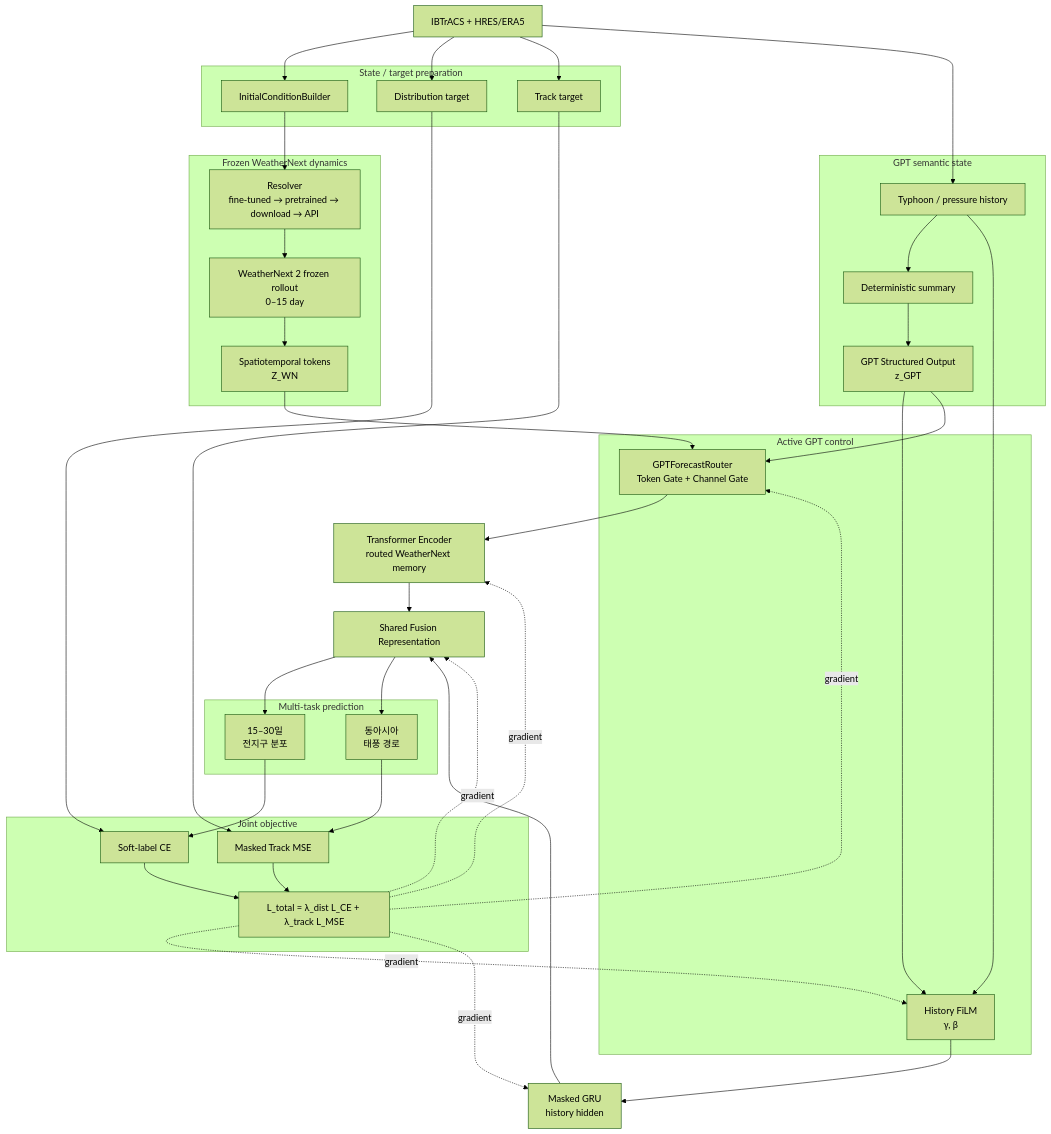
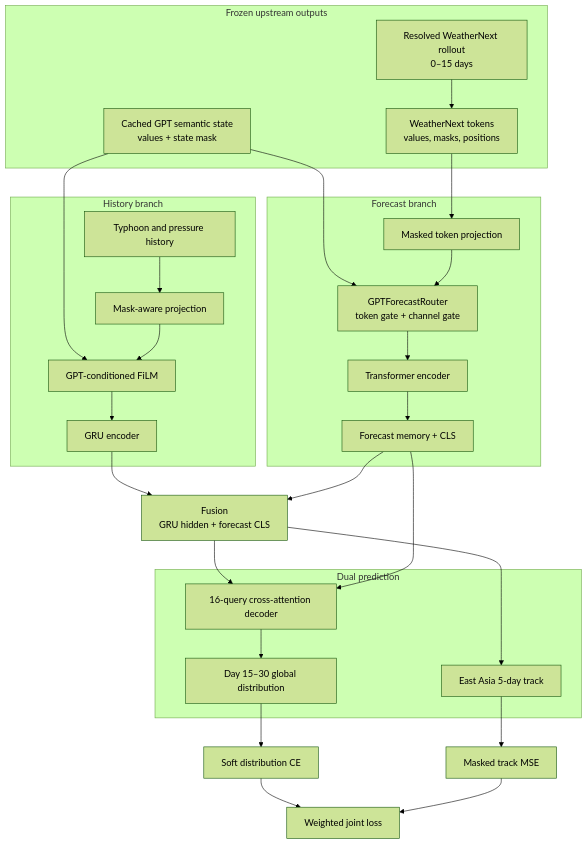
The diagram in struct-picture/README.md (nayehyeon61-glitch/typnonn_preesure_data_loader), drawn with Mermaid (forest theme) before and after one commit. The commit also changed other lines of this file and 11 other files, not shown here.

Commit message:
Align GPT router diagrams with implementation

````diff
--- a/struct-picture/README.md
+++ b/struct-picture/README.md
@@ -23,81 +18,58 @@
 ```mermaid
 flowchart TB
-    DATA["IBTrACS + HRES/ERA5"]
-
-    subgraph PREP["State / target preparation"]
-        INIT["InitialConditionBuilder"]
-        DISTGT["Distribution target"]
-        TRACKGT["Track target"]
+    subgraph UPSTREAM["Frozen upstream outputs"]
+        WN["Resolved WeatherNext rollout<br/>0–15 days"]
+        TOK["WeatherNext tokens<br/>values, masks, positions"]
+        GPT["Cached GPT semantic state<br/>values + state mask"]
     end
 
-    DATA --> INIT
-    DATA --> DISTGT
-    DATA --> TRACKGT
+    WN --> TOK
 
-    subgraph WNBRANCH["Frozen WeatherNext dynamics"]
-        RES["Resolver<br/>fine-tuned → pretrained → download → API"]
-        WN["WeatherNext 2 frozen rollout<br/>0–15 day"]
-        TOK["Spatiotemporal tokens<br/>Z_WN"]
+    subgraph HISTORY["History branch"]
+        HIST["Typhoon and pressure history"]
+        HPROJ["Mask-aware projection"]
+        FILM["GPT-conditioned FiLM"]
+        GRU["GRU encoder"]
     end
 
-    INIT --> RES
-    RES --> WN
-    WN --> TOK
+    HIST --> HPROJ
+    GPT --> FILM
+    HPROJ --> FILM
+    FILM --> GRU
 
-    subgraph GPTBRANCH["GPT semantic state"]
-        HIST["Typhoon / pressure history"]
-        SUM["Deterministic summary"]
-        GPT["GPT Structured Output<br/>z_GPT"]
+    subgraph FORECAST["Forecast branch"]
+        FPROJ["Masked token projection"]
+        ROUTER["GPTForecastRouter<br/>token gate + channel gate"]
+        TF["Transformer encoder"]
+        MEM["Forecast memory + CLS"]
     end
 
-    DATA --> HIST
-    HIST --> SUM
-    SUM --> GPT
+    TOK --> FPROJ
+    GPT --> ROUTER
+    FPROJ --> ROUTER
+    ROUTER --> TF
+    TF --> MEM
 
-    subgraph ACTIVE["Active GPT control"]
-        FILM["History FiLM<br/>γ, β"]
-        ROUTER["GPTForecastRouter<br/>Token Gate + Channel Gate"]
+    FUS["Fusion<br/>GRU hidden + forecast CLS"]
+    GRU --> FUS
+    MEM --> FUS
+
+    subgraph PRED["Dual prediction"]
+        DEC["16-query cross-attention decoder"]
+        DIST["Day 15–30 global distribution"]
+        TRACK["East Asia 5-day track"]
     end
 
-    GPT --> FILM
-    GPT --> ROUTER
-    HIST --> FILM
-    TOK --> ROUTER
+    FUS --> DEC
+    MEM --> DEC
+    DEC --> DIST
+    FUS --> TRACK
 
-    GRU["Masked GRU<br/>history hidden"]
-    TF["Transformer Encoder<br/>routed WeatherNext memory"]
-
-    FILM --> GRU
-    ROUTER --> TF
-
-    FUSION["Shared Fusion Representation"]
-    GRU --> FUSION
-    TF --> FUSION
-
-    subgraph OUTPUT["Multi-task prediction"]
-        DIST["15–30일<br/>전지구 분포"]
-        TRACK["동아시아<br/>태풍 경로"]
-    end
-
-    FUSION --> DIST
-    FUSION --> TRACK
-
-    subgraph LOSS["Joint objective"]
-        CE["Soft-label CE"]
-        MSE["Masked Track MSE"]
-        TOTAL["L_total = λ_dist L_CE + λ_track L_MSE"]
-    end
-
+    CE["Soft distribution CE"]
+    MSE["Masked track MSE"]
+    TOTAL["Weighted joint loss"]
     DIST --> CE
-    DISTGT --> CE
     TRACK --> MSE
-    TRACKGT --> MSE
     CE --> TOTAL
     MSE --> TOTAL
-
-    TOTAL -. "gradient" .-> ROUTER
-    TOTAL -. "gradient" .-> FILM
-    TOTAL -. "gradient" .-> TF
-    TOTAL -. "gradient" .-> GRU
-    TOTAL -. "gradient" .-> FUSION
 ```
````
